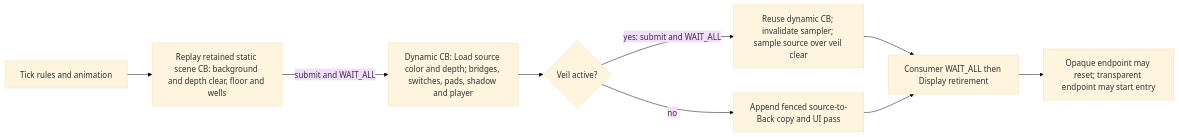
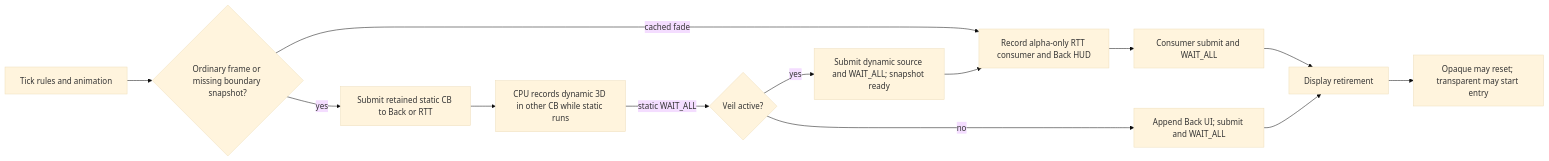
The diagram in systems/cpu-v3-tang-nano-20k/examples/gpu_renderer_bloxorz/docs/transitions.md (misdake/DigitalDesign), drawn with Mermaid (base theme) before and after one commit. The commit also changed other lines of this file and 17 other files, not shown here.

````diff
--- a/systems/cpu-v3-tang-nano-20k/examples/gpu_renderer_bloxorz/docs/transitions.md
+++ b/systems/cpu-v3-tang-nano-20k/examples/gpu_renderer_bloxorz/docs/transitions.md
@@ -13,11 +13,15 @@
 ```mermaid
 flowchart LR
-    A[Tick rules and animation] --> B[Replay retained static scene CB: background and depth clear, floor and wells]
-    B -->|submit and WAIT_ALL| C[Dynamic CB: Load source color and depth; bridges, switches, pads, shadow and player]
-    C --> D{Veil active?}
-    D -->|yes: submit and WAIT_ALL| E[Reuse dynamic CB; invalidate sampler; sample source over veil clear]
-    D -->|no| F[Append fenced source-to-Back copy and UI pass]
-    E --> G[Consumer WAIT_ALL then Display retirement]
-    F --> G
-    G --> H[Opaque endpoint may reset; transparent endpoint may start entry]
+    A[Tick rules and animation] --> B{Ordinary frame or missing boundary snapshot?}
+    B -->|yes| C[Submit retained static CB to Back or RTT]
+    C --> D[CPU records dynamic 3D in other CB while static runs]
+    D -->|static WAIT_ALL| E{Veil active?}
+    E -->|yes| F[Submit dynamic source and WAIT_ALL; snapshot ready]
+    E -->|no| G[Append Back UI; submit and WAIT_ALL]
+    B -->|cached fade| H[Record alpha-only RTT consumer and Back HUD]
+    F --> H
+    H --> I[Consumer submit and WAIT_ALL]
+    I --> J[Display retirement]
+    G --> J
+    J --> K[Opaque may reset; transparent may start entry]
 ```
````
